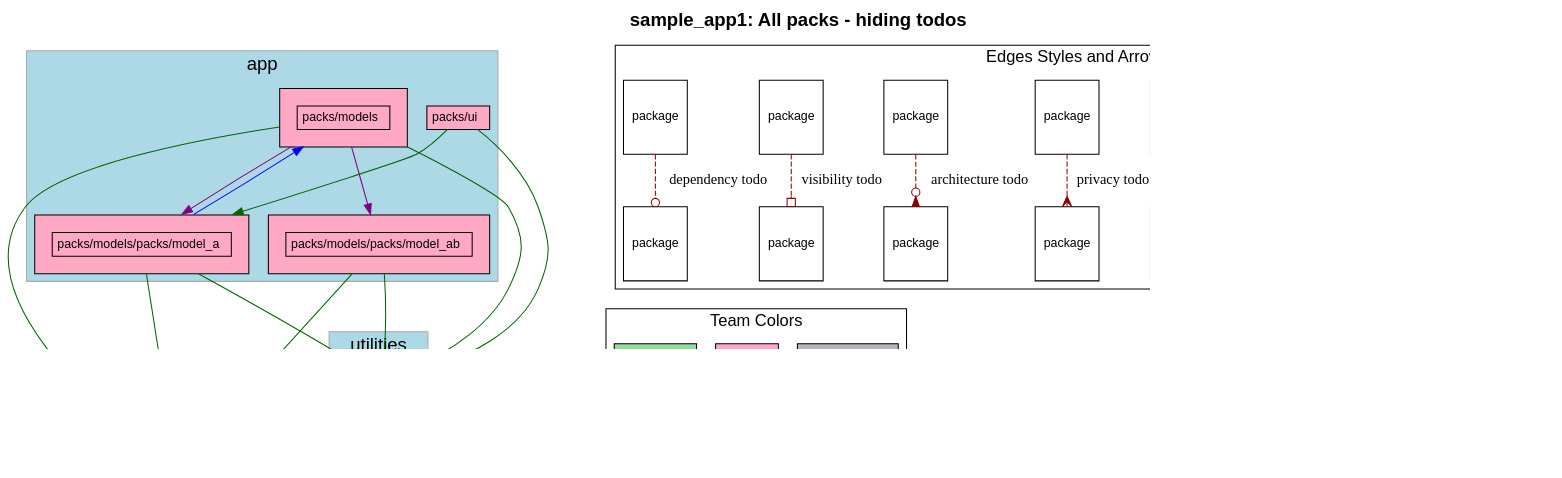
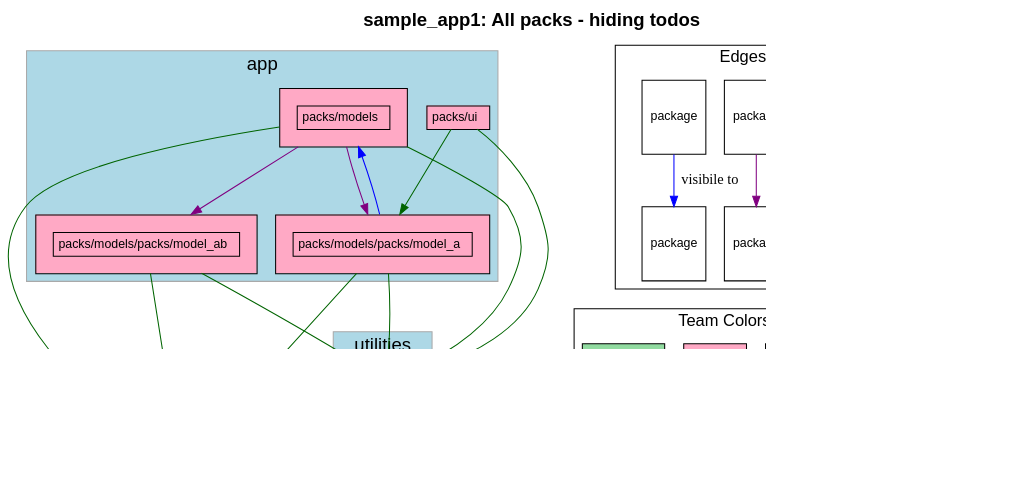
One commit to rubyatscale/visualize_packs changed the diagram in spec/sample_app1/test_output/no_todos.dot. Above: the diagram before and after it, drawn with Graphviz. The commit also changed 20 other files, not shown here.

```diff
--- a/spec/sample_app1/test_output/no_todos.dot
+++ b/spec/sample_app1/test_output/no_todos.dot
@@ -146,28 +146,16 @@
       label="Edges Styles and Arrow Heads"
       A [ fontsize=12 shape=box label="package"]
       B [ fontsize=12 shape=box label="package"]
+      A -> B [label="accepted dependency" color=darkgreen]
       K [ fontsize=12 shape=box label="package"]
       L [ fontsize=12 shape=box label="package"]
+      K -> L [label="nested package" color=purple]
       M [ fontsize=12 shape=box label="package"]
       N [ fontsize=12 shape=box label="package"]
-
-      C [ fontsize=12 shape=box label="package"]
-      D [ fontsize=12 shape=box label="package"]
-      E [ fontsize=12 shape=box label="package"]
-      F [ fontsize=12 shape=box label="package"]
-      G [ fontsize=12 shape=box label="package"]
-      H [ fontsize=12 shape=box label="package"]
-      I [ fontsize=12 shape=box label="package"]
-      J [ fontsize=12 shape=box label="package"]
-
-      A -> B [label="accepted dependency" color=darkgreen]
-      K -> L [label="nested package" color=purple]
-      M -> N [label="visibile to" color=darkgreen]
-
-      C -> D [label="privacy todo" color=darkred style=dashed arrowhead=crow]
-      E -> F [label="architecture todo" color=darkred style=dashed arrowhead=invodot]
-      G -> H [label="visibility todo" color=darkred style=dashed arrowhead=obox]
-      I -> J [label="dependency todo" color=darkred style=dashed arrowhead=odot]
+      M -> N [label="visibile to" color=blue]
+      LEGEND_NODE_1 [ label="" peripheries=0 height=0 width=0 style=invis ]
+      LEGEND_NODE_2 [ label="" peripheries=0 height=0 width=0 style=invis ]
+      LEGEND_NODE_1 -> LEGEND_NODE_2 [ style=invis ]
     }
   subgraph cluster_teams_legend {
     fontsize=16
@@ -198,5 +186,5 @@
       ]
 
   }
-    J -> "Utility TeamUtility Team" [style=invis]
+    LEGEND_NODE_2 -> "Utility TeamUtility Team" [style=invis]
 }
```
